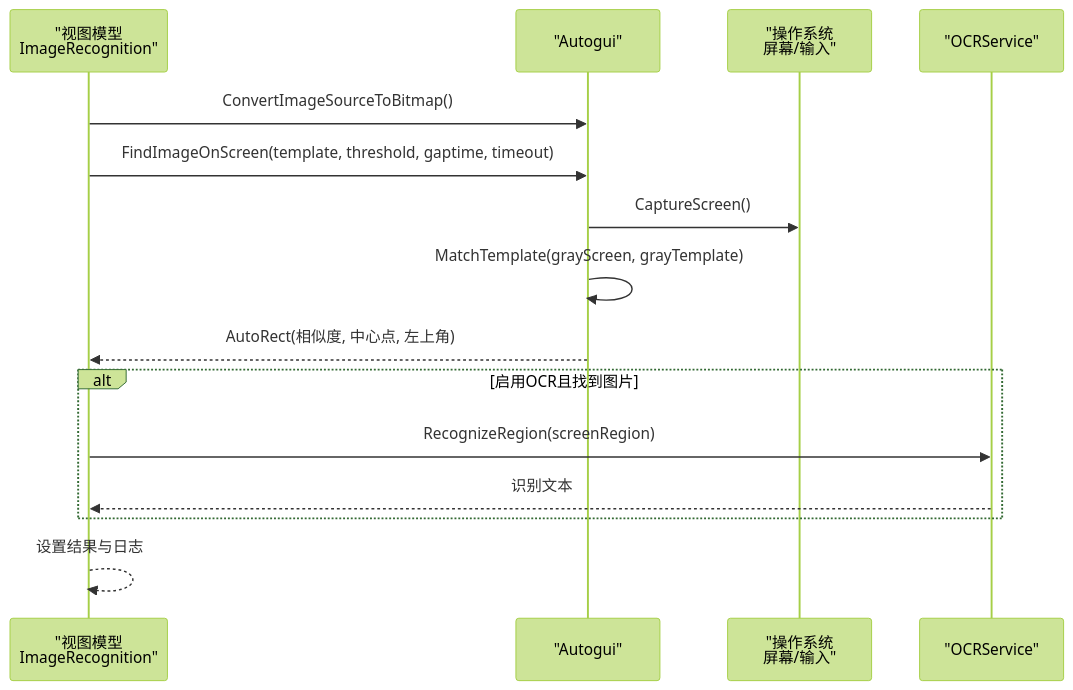
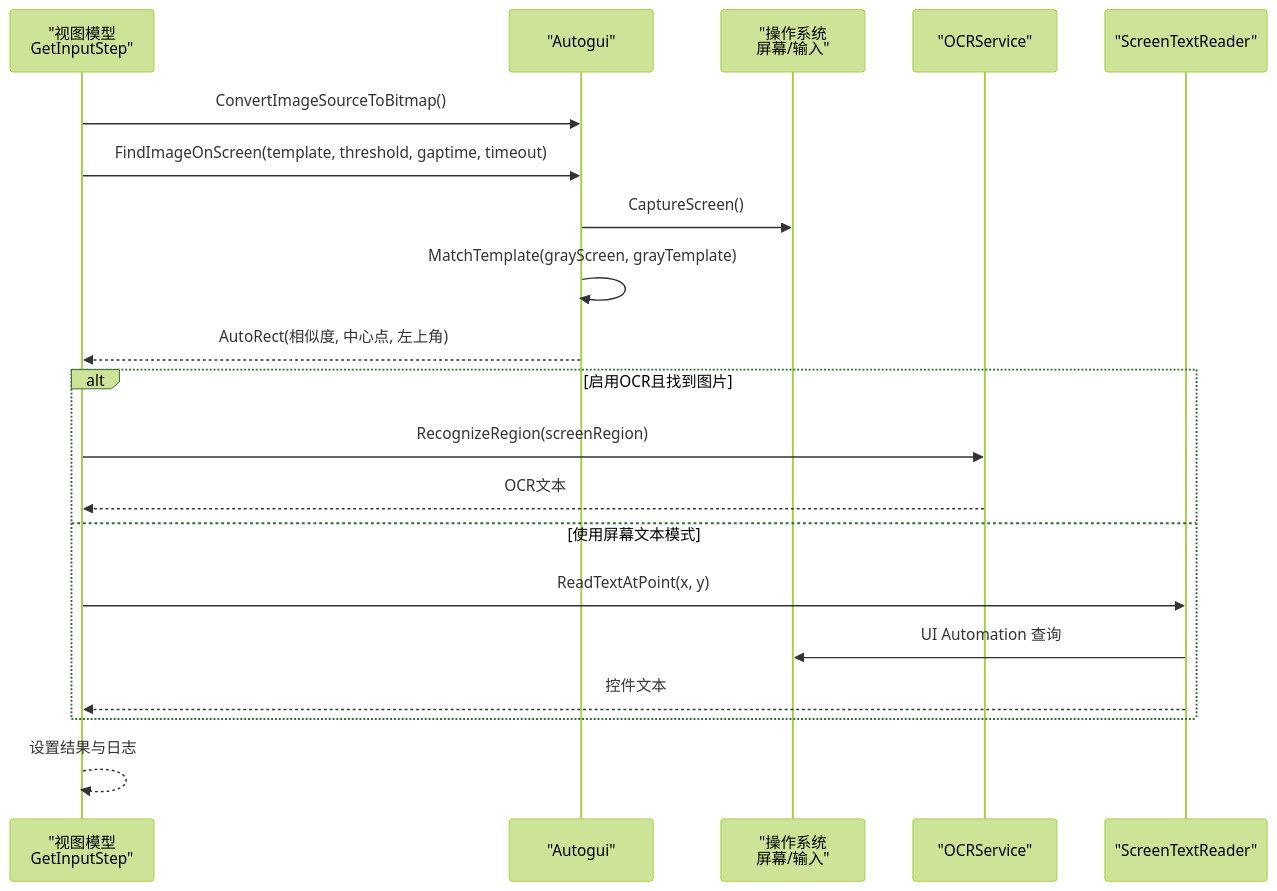
The second of 11 diagrams in .qoder/repowiki/zh/content/图像识别引擎/图像识别引擎.md (yooxii/ShaoLuAuto), drawn with Mermaid (forest theme) before and after one commit. The commit also changed other lines of this file and 9 other files, not shown here.

````diff
--- a/.qoder/repowiki/zh/content/图像识别引擎/图像识别引擎.md
+++ b/.qoder/repowiki/zh/content/图像识别引擎/图像识别引擎.md
@@ -102,17 +121,22 @@
 ```mermaid
 sequenceDiagram
-participant VM as "视图模型<br/>ImageRecognition"
+participant VM as "视图模型<br/>GetInputStep"
 participant AG as "Autogui"
 participant OS as "操作系统<br/>屏幕/输入"
 participant OCR as "OCRService"
+participant UIA as "ScreenTextReader"
 VM->>AG : ConvertImageSourceToBitmap()
 VM->>AG : FindImageOnScreen(template, threshold, gaptime, timeout)
 AG->>OS : CaptureScreen()
 AG->>AG : MatchTemplate(grayScreen, grayTemplate)
 AG-->>VM : AutoRect(相似度, 中心点, 左上角)
 alt 启用OCR且找到图片
 VM->>OCR : RecognizeRegion(screenRegion)
-OCR-->>VM : 识别文本
+OCR-->>VM : OCR文本
+else 使用屏幕文本模式
+VM->>UIA : ReadTextAtPoint(x, y)
+UIA->>OS : UI Automation 查询
+UIA-->>VM : 控件文本
 end
 VM-->>VM : 设置结果与日志
 ```
````
